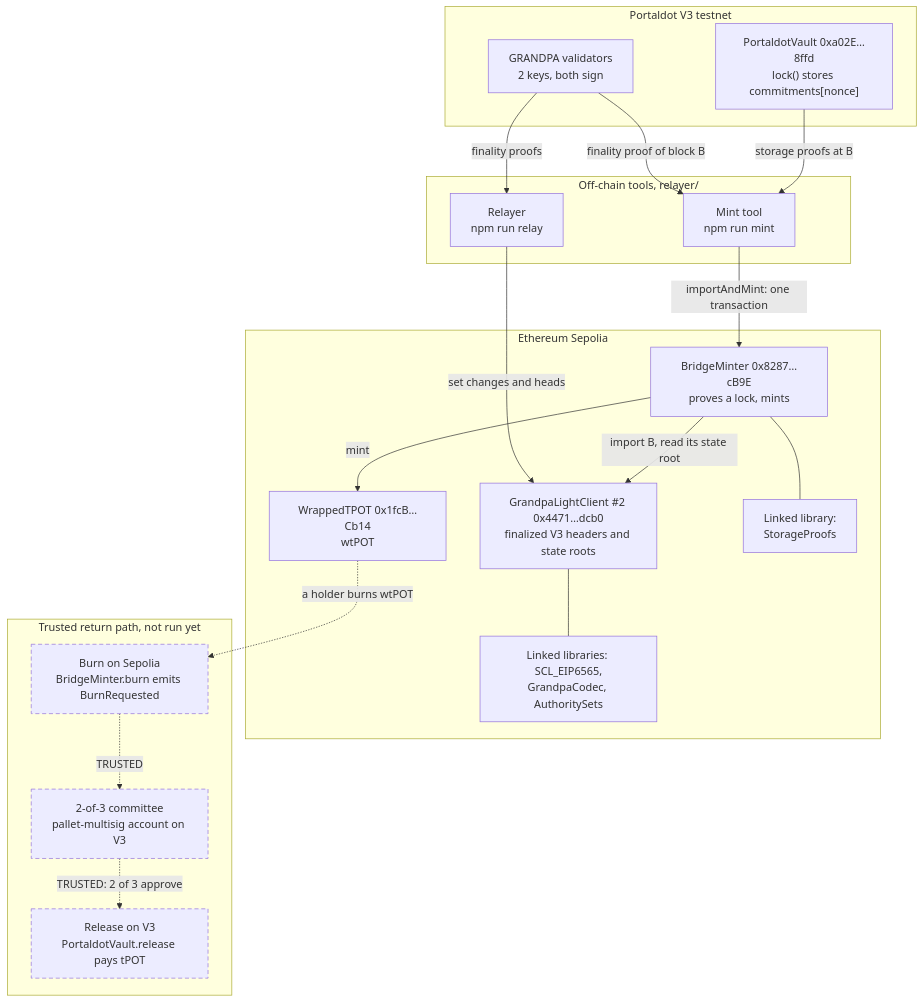
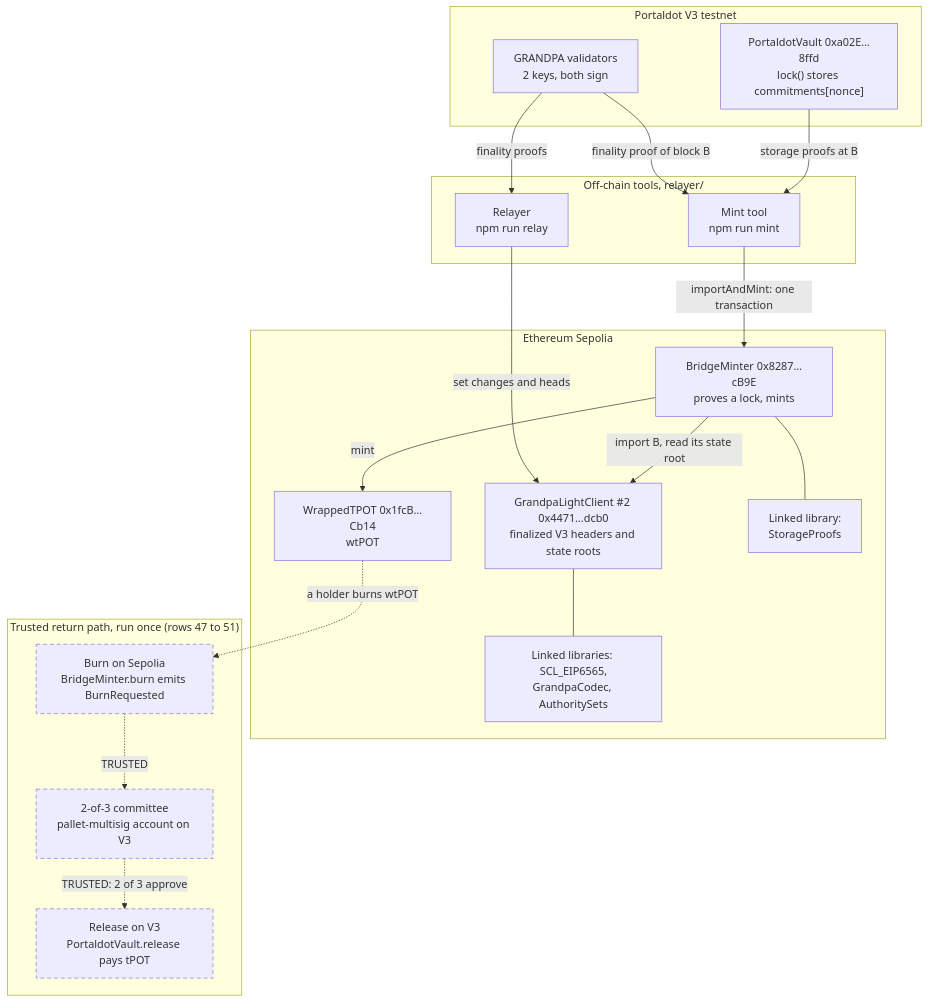
One commit to jonathan-moore58/bridge-zero changed the first of 2 diagrams in README.md. Above: the diagram before and after it, drawn with Mermaid. The commit also changed other lines of this file, not shown here.

First line of the commit message:
README: the return path, run once, and the relayer's later runs

````diff
--- a/README.md
+++ b/README.md
@@ -41,42 +43,42 @@
 ```mermaid
 flowchart TB
     subgraph V3["Portaldot V3 testnet"]
         VAL["GRANDPA validators<br/>2 keys, both sign"]
         VAULT["PortaldotVault 0xa02E…8ffd<br/>lock() stores commitments[nonce]"]
     end
 
     subgraph OFF["Off-chain tools, relayer/"]
         RELAY["Relayer<br/>npm run relay"]
         TOOL["Mint tool<br/>npm run mint"]
     end
 
     subgraph SEP["Ethereum Sepolia"]
         LC["GrandpaLightClient #2 0x4471…dcb0<br/>finalized V3 headers and state roots"]
         BM["BridgeMinter 0x8287…cB9E<br/>proves a lock, mints"]
         WT["WrappedTPOT 0x1fcB…Cb14<br/>wtPOT"]
         LIB["Linked libraries: SCL_EIP6565,<br/>GrandpaCodec, AuthoritySets"]
         SP["Linked library:<br/>StorageProofs"]
     end
 
-    subgraph RET["Trusted return path, not run yet"]
+    subgraph RET["Trusted return path, run once (rows 47 to 51)"]
         BURN["Burn on Sepolia<br/>BridgeMinter.burn emits BurnRequested"]
         COMM["2-of-3 committee<br/>pallet-multisig account on V3"]
         REL["Release on V3<br/>PortaldotVault.release pays tPOT"]
     end
 
     VAL -->|"finality proofs"| RELAY
     VAL -->|"finality proof of block B"| TOOL
     VAULT -->|"storage proofs at B"| TOOL
     RELAY -->|"set changes and heads"| LC
     TOOL -->|"importAndMint: one transaction"| BM
     BM -->|"import B, read its state root"| LC
     BM -->|"mint"| WT
     LC --- LIB
     BM --- SP
     WT -.->|"a holder burns wtPOT"| BURN
     BURN -.->|"TRUSTED"| COMM
     COMM -.->|"TRUSTED: 2 of 3 approve"| REL
 
     classDef trusted stroke-dasharray: 6 4
     class BURN,COMM,REL trusted
 ```
````
